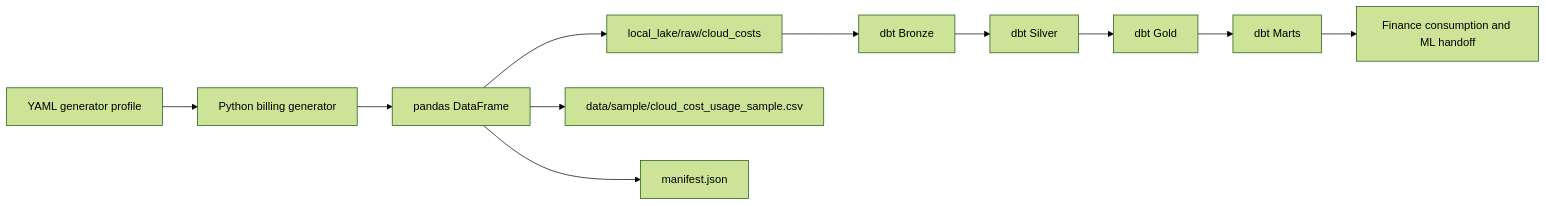
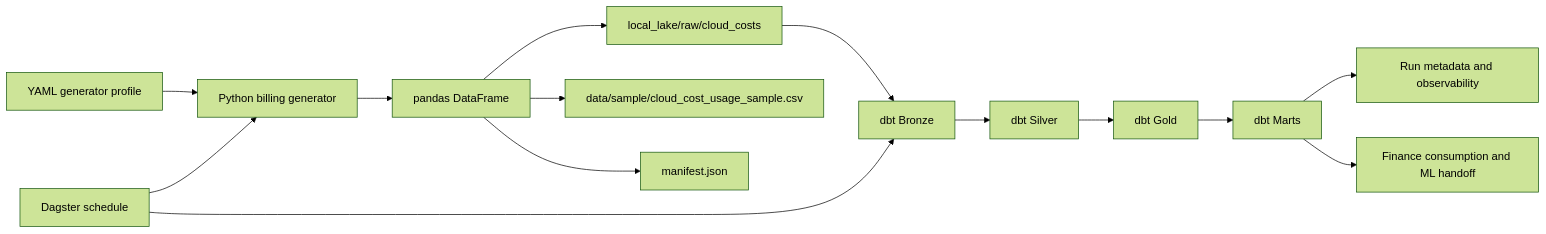
The diagram in docs/architecture.md (brunoramosmartins/finops-cost-capitalization-pipeline), drawn with Mermaid (forest theme) before and after one commit. The commit also changed other lines of this file and 38 other files, not shown here.

````diff
--- a/docs/architecture.md
+++ b/docs/architecture.md
@@ -30,13 +39,16 @@
 ```mermaid
 flowchart LR
     A[YAML generator profile] --> B[Python billing generator]
     B --> C[pandas DataFrame]
     C --> D[local_lake/raw/cloud_costs]
     C --> E[data/sample/cloud_cost_usage_sample.csv]
     C --> F[manifest.json]
     D --> G[dbt Bronze]
     G --> H[dbt Silver]
     H --> I[dbt Gold]
     I --> J[dbt Marts]
-    J --> K[Finance consumption and ML handoff]
+    J --> K[Run metadata and observability]
+    J --> L[Finance consumption and ML handoff]
+    M[Dagster schedule] --> B
+    M --> G
 ```
````
